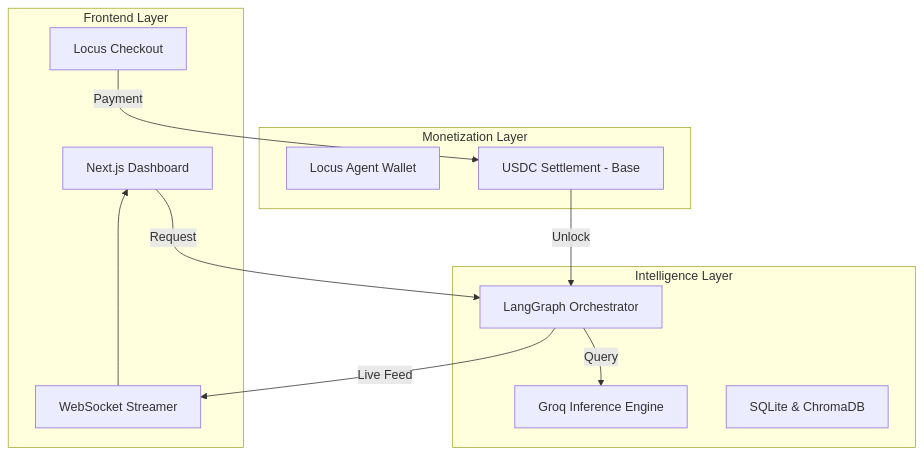
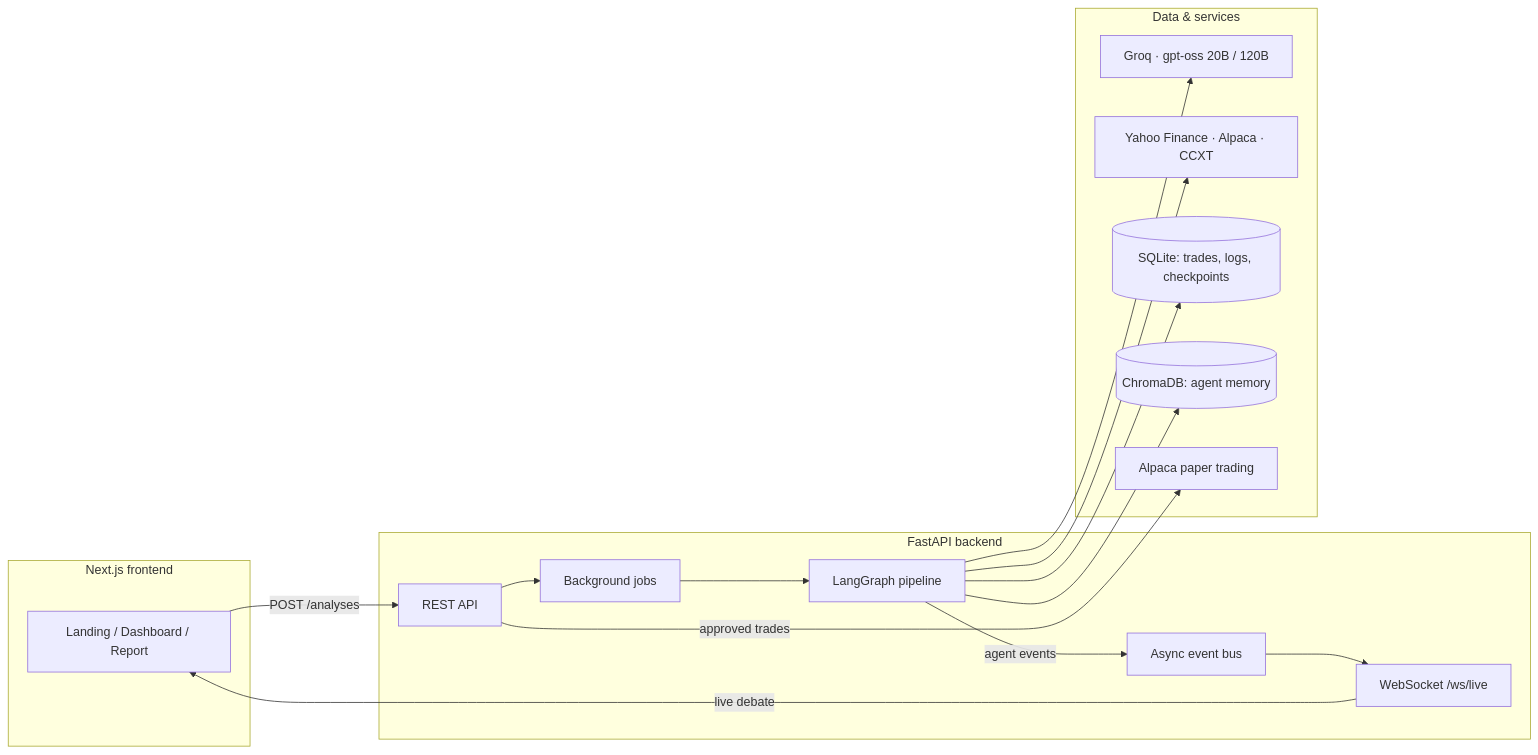
The first of 2 diagrams in README.md (nishnarudkar/Quorum---Multi-Agent-LLM-Trading-Framework), drawn with Mermaid before and after one commit. The commit also changed other lines of this file and 2 other files, not shown here.

Commit message:
docs: update readme, api reference, and gitignore

````diff
--- a/README.md
+++ b/README.md
@@ -62,26 +46,30 @@
 ```mermaid
-graph TB
-    subgraph "Frontend Layer"
-        UI[Next.js Dashboard]
-        WS[WebSocket Streamer]
-        LC[Locus Checkout]
+graph LR
+    subgraph Frontend["Next.js frontend"]
+        UI[Landing / Dashboard / Report]
     end
 
-    subgraph "Intelligence Layer"
-        AG[LangGraph Orchestrator]
-        LLM[Groq Inference Engine]
-        DB[SQLite & ChromaDB]
+    subgraph Backend["FastAPI backend"]
+        API[REST API]
+        WS[WebSocket /ws/live]
+        BUS[Async event bus]
+        JOBS[Background jobs]
+        G[LangGraph pipeline]
     end
 
-    subgraph "Monetization Layer"
-        WAL[Locus Agent Wallet]
-        SET[USDC Settlement - Base]
+    subgraph Infra["Data & services"]
+        GROQ[Groq · gpt-oss 20B / 120B]
+        MD[Yahoo Finance · Alpaca · CCXT]
+        DB[(SQLite: trades, logs, checkpoints)]
+        VEC[(ChromaDB: agent memory)]
+        ALP[Alpaca paper trading]
     end
 
-    UI -->|Request| AG
-    AG -->|Query| LLM
-    LC -->|Payment| SET
-    SET -->|Unlock| AG
-    AG -->|Live Feed| WS
-    WS --> UI
+    UI -->|POST /analyses| API --> JOBS --> G
+    G --> GROQ
+    G --> MD
+    G --> VEC
+    G -->|agent events| BUS --> WS -->|live debate| UI
+    G --> DB
+    API -->|approved trades| ALP
 ```
````
